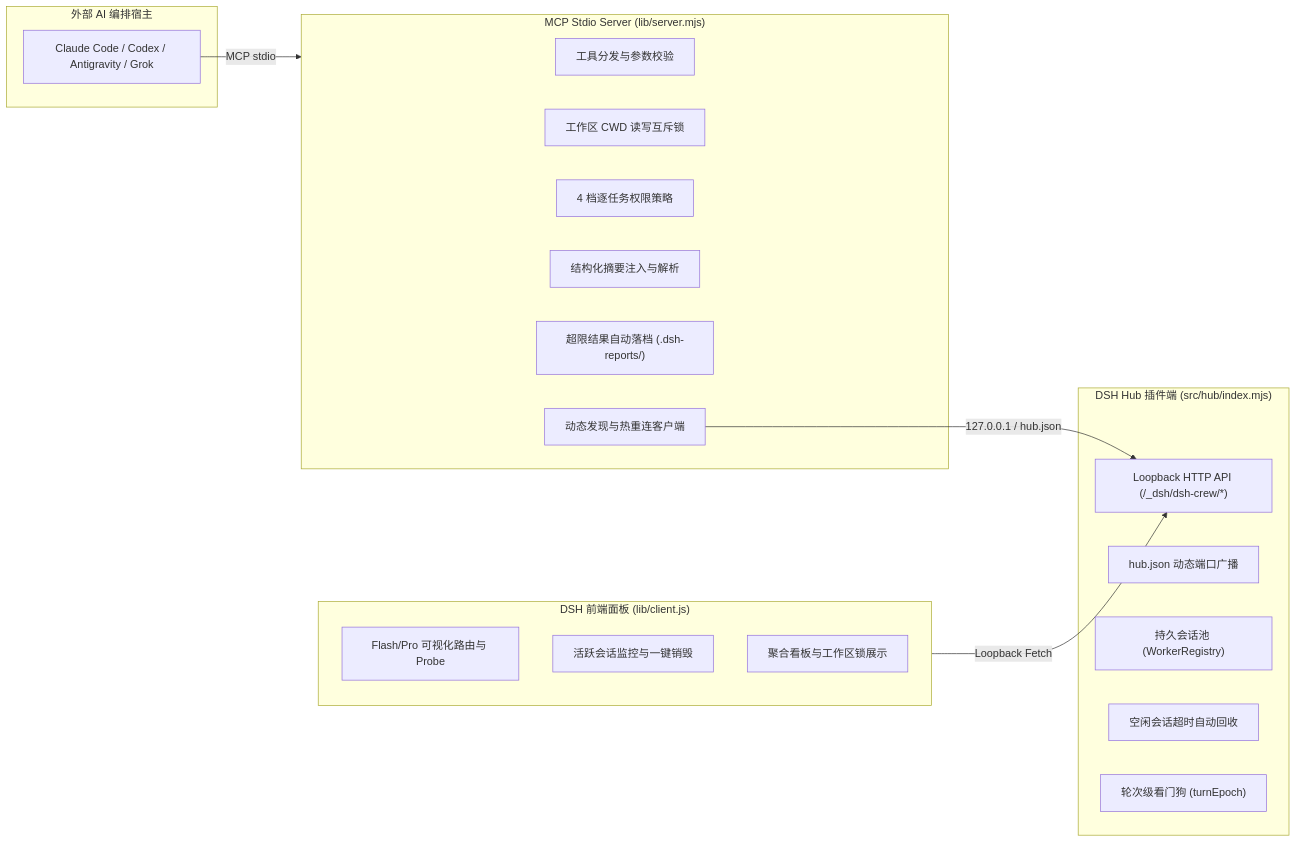
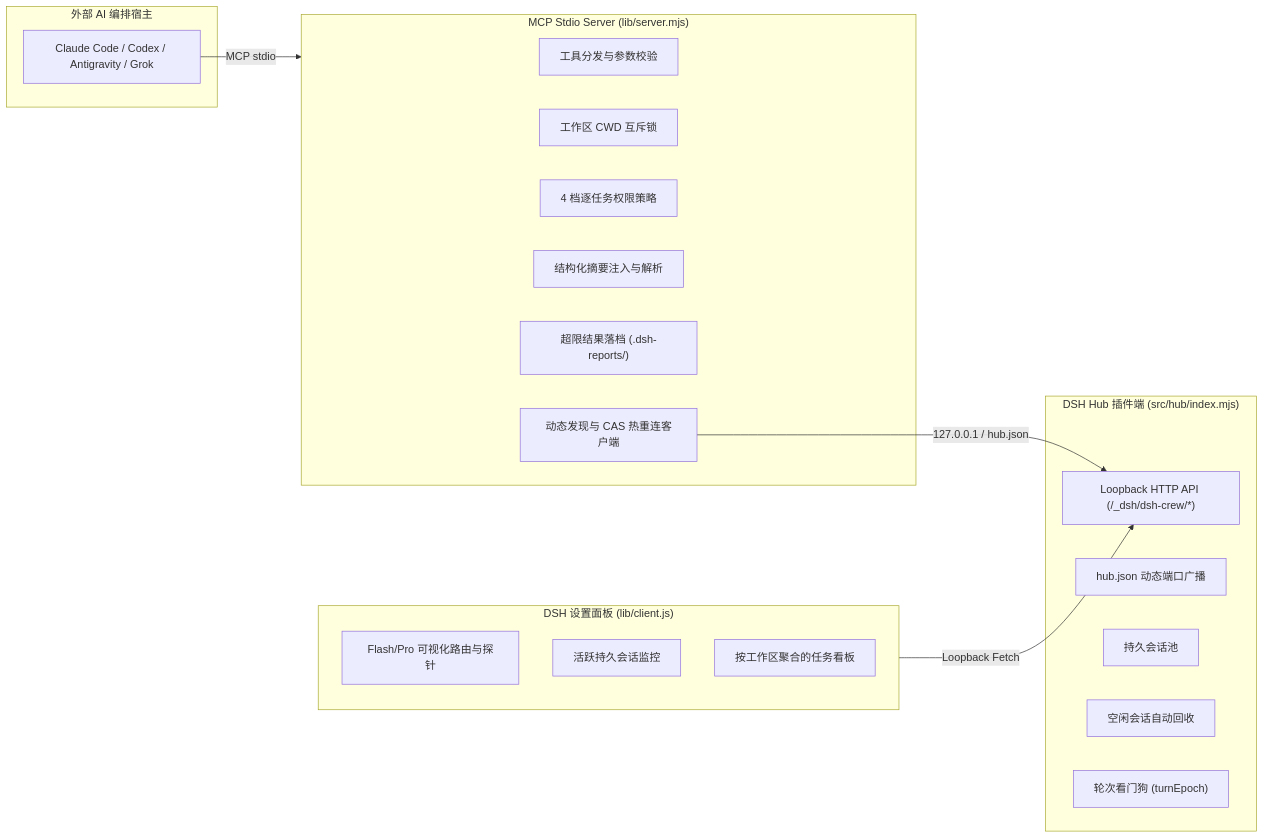
One commit to xiaobaijiadepugongyingpai-coder/dsh-crew-x changed the diagram in README.zh.md. Above: the diagram before and after it, drawn with Mermaid. The commit also changed other lines of this file and 11 other files, not shown here.

````diff
--- a/README.zh.md
+++ b/README.zh.md
@@ -164,33 +195,33 @@
 ```mermaid
 flowchart LR
   subgraph Host["外部 AI 编排宿主"]
     Orch["Claude Code / Codex / Antigravity / Grok"]
   end
 
   subgraph MCP["MCP Stdio Server (lib/server.mjs)"]
     Router["工具分发与参数校验"]
-    CwdLock["工作区 CWD 读写互斥锁"]
+    CwdLock["工作区 CWD 互斥锁"]
     Policy["4 档逐任务权限策略"]
     Summary["结构化摘要注入与解析"]
-    Offload["超限结果自动落档 (.dsh-reports/)"]
-    HubCli["动态发现与热重连客户端"]
+    Offload["超限结果落档 (.dsh-reports/)"]
+    HubCli["动态发现与 CAS 热重连客户端"]
   end
 
   subgraph Hub["DSH Hub 插件端 (src/hub/index.mjs)"]
     Http["Loopback HTTP API (/_dsh/dsh-crew/*)"]
     PortDisc["hub.json 动态端口广播"]
-    SessionPool["持久会话池 (WorkerRegistry)"]
-    Reaper["空闲会话超时自动回收"]
-    Watchdog["轮次级看门狗 (turnEpoch)"]
+    SessionPool["持久会话池"]
+    Reaper["空闲会话自动回收"]
+    Watchdog["轮次看门狗 (turnEpoch)"]
   end
 
-  subgraph UI["DSH 前端面板 (lib/client.js)"]
-    ModelUI["Flash/Pro 可视化路由与 Probe"]
-    SessionUI["活跃会话监控与一键销毁"]
-    JobsUI["聚合看板与工作区锁展示"]
+  subgraph UI["DSH 设置面板 (lib/client.js)"]
+    ModelUI["Flash/Pro 可视化路由与探针"]
+    SessionUI["活跃持久会话监控"]
+    JobsUI["按工作区聚合的任务看板"]
   end
 
   Orch -->|"MCP stdio"| MCP
   HubCli -->|"127.0.0.1 / hub.json"| Http
   UI -->|"Loopback Fetch"| Http
 ```
````
